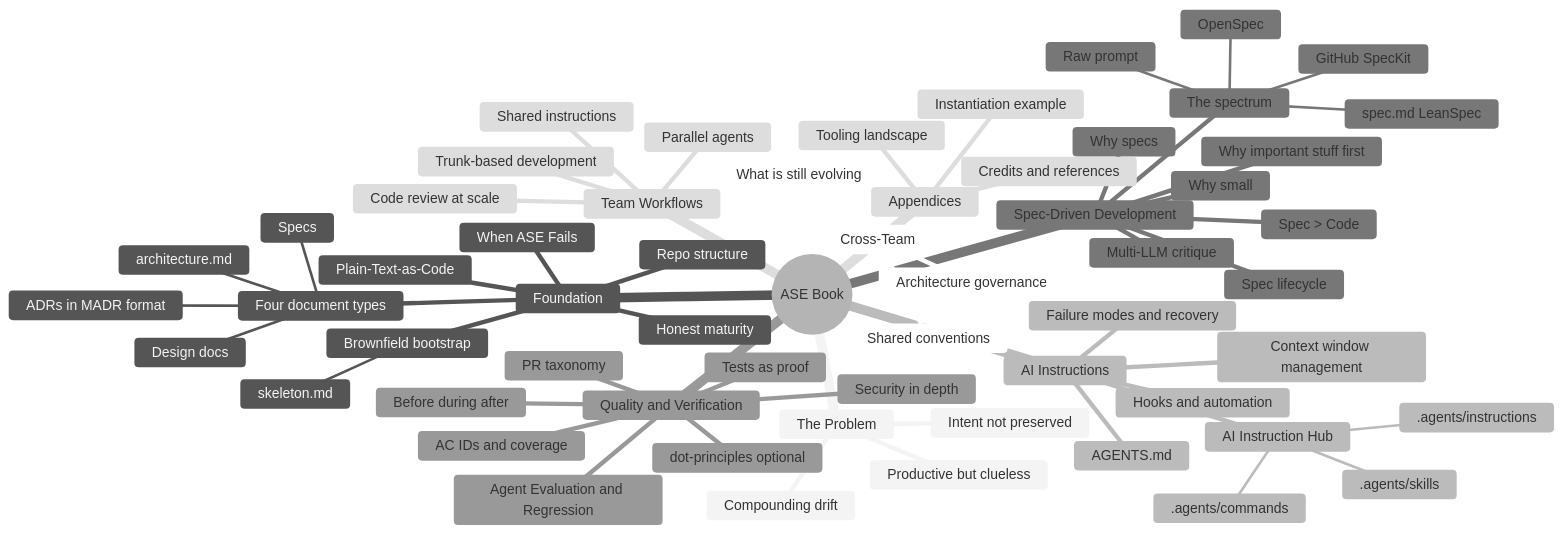
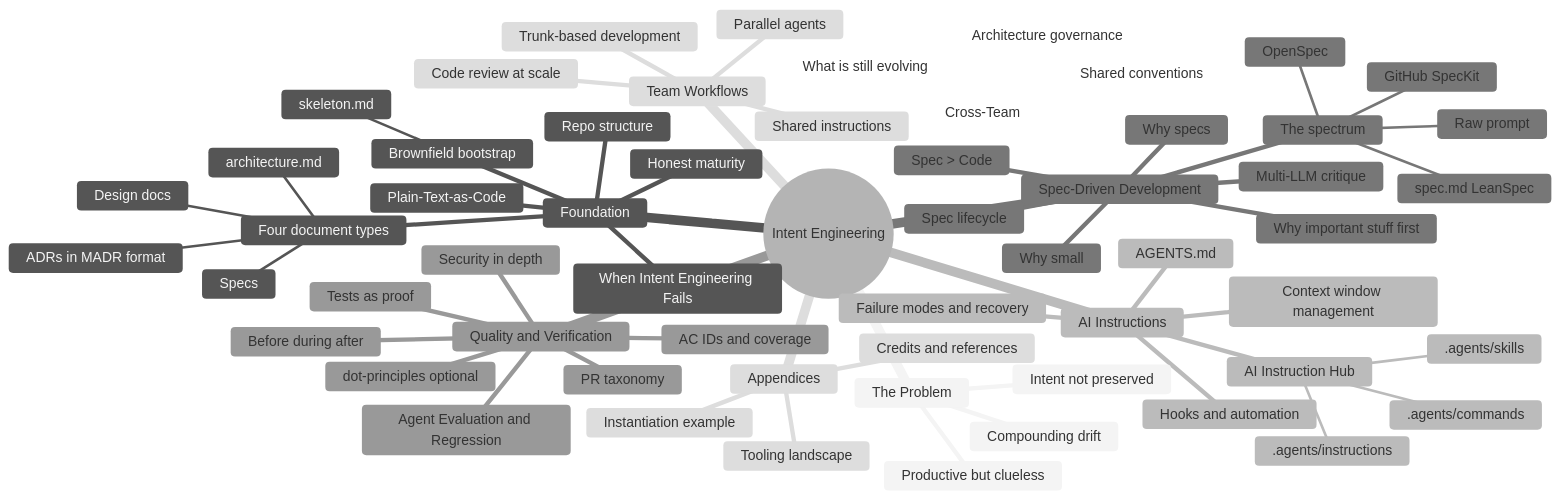
The diagram in idea.md (intent-engineering-for-coding-agents/book), drawn with Mermaid (neutral theme) before and after one commit. The commit also changed other lines of this file and 17 other files, not shown here.

First line of the commit message:
rename(brand): ASE Book → Intent Engineering for Coding Agents

````diff
--- a/idea.md
+++ b/idea.md
@@ -107,62 +107,62 @@
 ```mermaid
 mindmap
-  root((ASE Book))
+  root((Intent Engineering))
     The Problem
       Productive but clueless
       Compounding drift
       Intent not preserved
     Foundation
       Repo structure
       Four document types
         architecture.md
         ADRs in MADR format
         Design docs
         Specs
       Plain-Text-as-Code
       Honest maturity
       Brownfield bootstrap
         skeleton.md
-      When ASE Fails
+      When Intent Engineering Fails
     AI Instructions
       AGENTS.md
       AI Instruction Hub
         .agents/instructions
         .agents/skills
         .agents/commands
       Hooks and automation
       Context window management
       Failure modes and recovery
     Spec-Driven Development
       Why specs
       Why small
       Why important stuff first
       The spectrum
         Raw prompt
         spec.md LeanSpec
         OpenSpec
         GitHub SpecKit
       Spec lifecycle
       Spec > Code
       Multi-LLM critique
     Quality and Verification
       Tests as proof
       Agent Evaluation and Regression
       AC IDs and coverage
       Before during after
       Security in depth
       PR taxonomy
       dot-principles optional
     Team Workflows
       Trunk-based development
       Parallel agents
       Shared instructions
       Code review at scale
     Cross-Team
       Architecture governance
       Shared conventions
       What is still evolving
     Appendices
       Tooling landscape
       Instantiation example
       Credits and references
 ```
````
